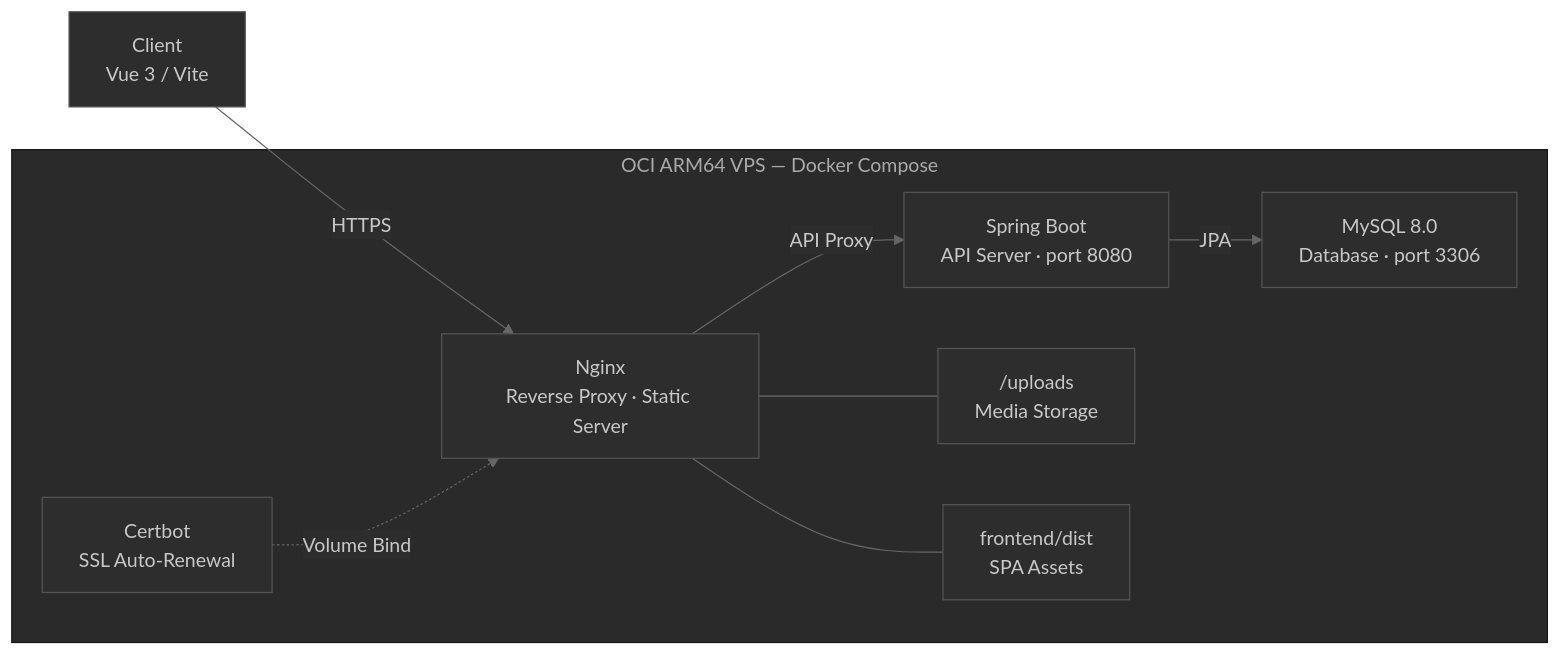
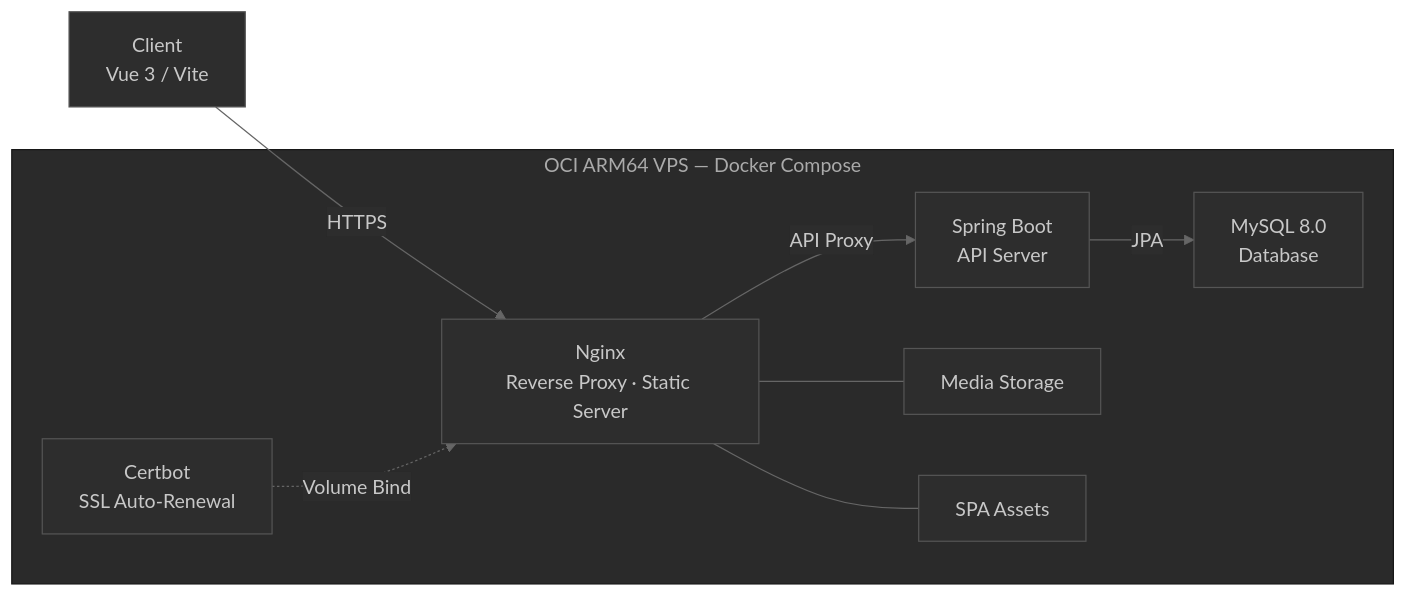
The first of 2 diagrams in README.md (choichanwoo001/Twiiiins), drawn with Mermaid before and after one commit. The commit also changed other lines of this file, not shown here.

````diff
--- a/README.md
+++ b/README.md
@@ -48,21 +48,21 @@
 ```mermaid
 %%{init: {"theme": "base", "themeVariables": {"primaryColor": "#2d2d2d", "primaryTextColor": "#c8c8c8", "primaryBorderColor": "#444444", "lineColor": "#666666", "secondaryColor": "#383838", "tertiaryColor": "#303030", "background": "#1e1e1e", "nodeBorder": "#555555", "clusterBkg": "#2a2a2a", "titleColor": "#aaaaaa", "edgeLabelBackground": "#2d2d2d", "fontFamily": "monospace"}}}%%
 graph LR
     Client["Client<br/>Vue 3 / Vite"]
 
     subgraph VPS["OCI ARM64 VPS — Docker Compose"]
         Nginx["Nginx<br/>Reverse Proxy · Static Server"]
-        SpringBoot["Spring Boot<br/>API Server · port 8080"]
-        MySQL["MySQL 8.0<br/>Database · port 3306"]
+        SpringBoot["Spring Boot<br/>API Server"]
+        MySQL["MySQL 8.0<br/>Database"]
         Certbot["Certbot<br/>SSL Auto-Renewal"]
-        Uploads["/uploads<br/>Media Storage"]
-        Dist["frontend/dist<br/>SPA Assets"]
+        Uploads["Media Storage"]
+        Dist["SPA Assets"]
     end
 
     Client -->|"HTTPS"| Nginx
     Nginx -->|"API Proxy"| SpringBoot
     Nginx --- Dist
     Nginx --- Uploads
     SpringBoot -->|"JPA"| MySQL
     Certbot -.->|"Volume Bind"| Nginx
 ```
````
